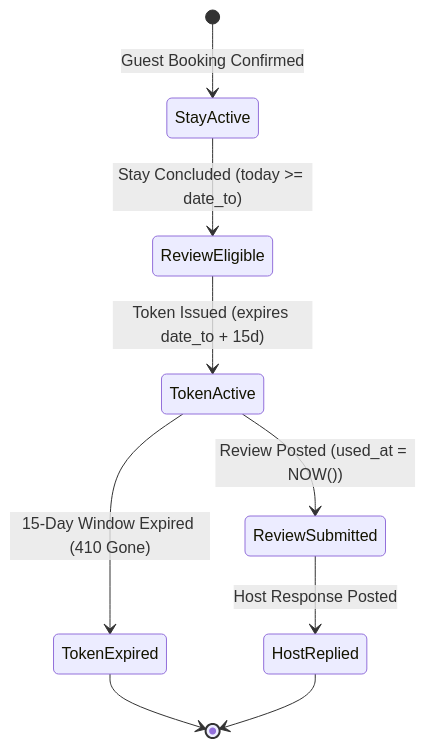
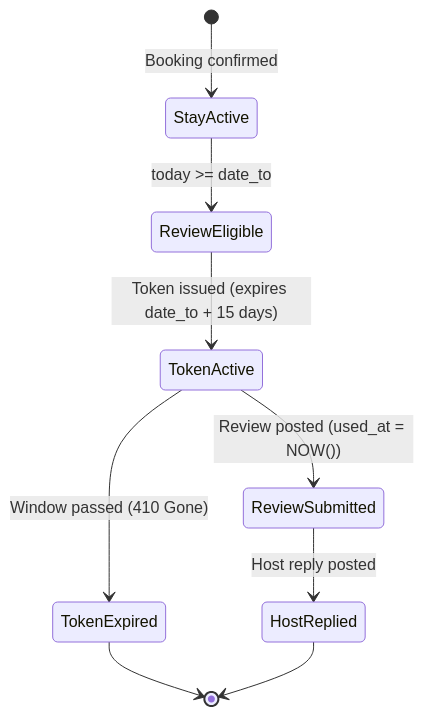
One commit to pavelbyles/our_places_rs changed the fourth of 4 diagrams in docs/ARCHITECTURE.md. Above: the diagram before and after it, drawn with Mermaid. The commit also changed other lines of this file and 99 other files, not shown here.

````diff
--- a/docs/ARCHITECTURE.md
+++ b/docs/ARCHITECTURE.md
@@ -166,11 +202,11 @@
 ```mermaid
 stateDiagram-v2
-    [*] --> StayActive: Guest Booking Confirmed
-    StayActive --> ReviewEligible: Stay Concluded (today >= date_to)
-    ReviewEligible --> TokenActive: Token Issued (expires date_to + 15d)
-    TokenActive --> TokenExpired: 15-Day Window Expired (410 Gone)
-    TokenActive --> ReviewSubmitted: Review Posted (used_at = NOW())
-    ReviewSubmitted --> HostReplied: Host Response Posted
+    [*] --> StayActive: Booking confirmed
+    StayActive --> ReviewEligible: today >= date_to
+    ReviewEligible --> TokenActive: Token issued (expires date_to + 15 days)
+    TokenActive --> TokenExpired: Window passed (410 Gone)
+    TokenActive --> ReviewSubmitted: Review posted (used_at = NOW())
+    ReviewSubmitted --> HostReplied: Host reply posted
     TokenExpired --> [*]
     HostReplied --> [*]
 ```
````
